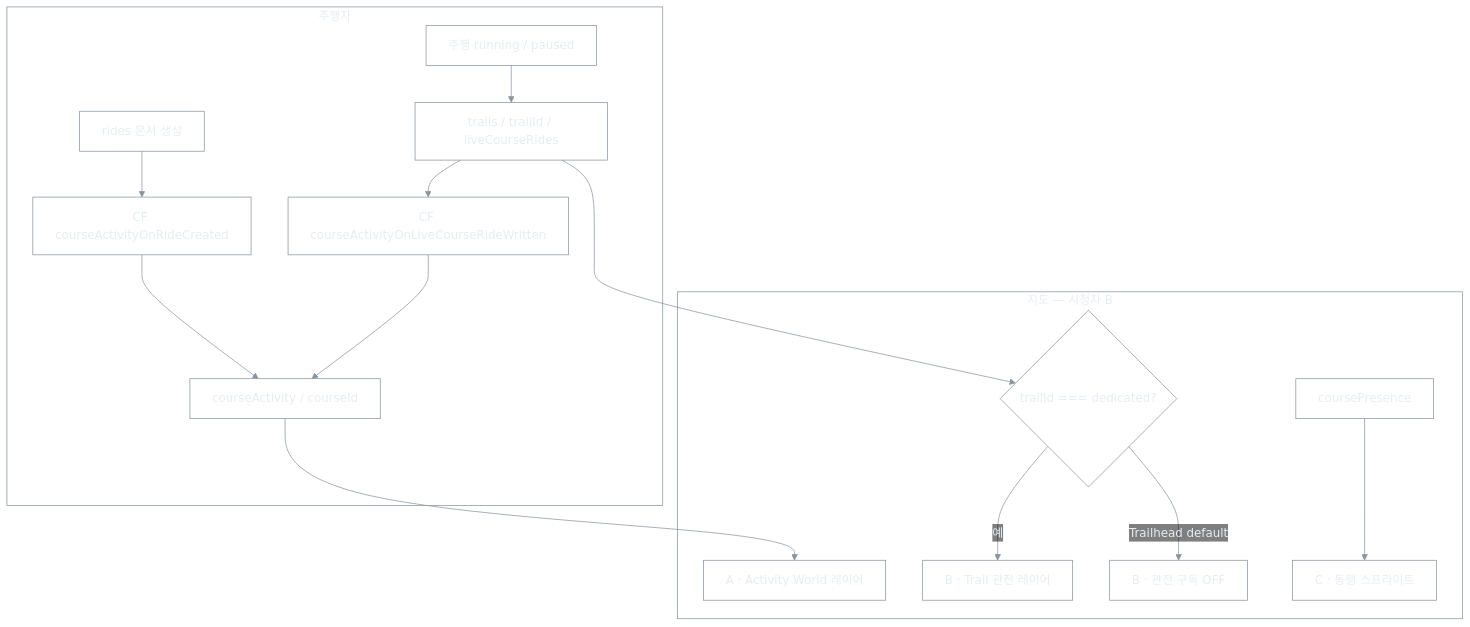
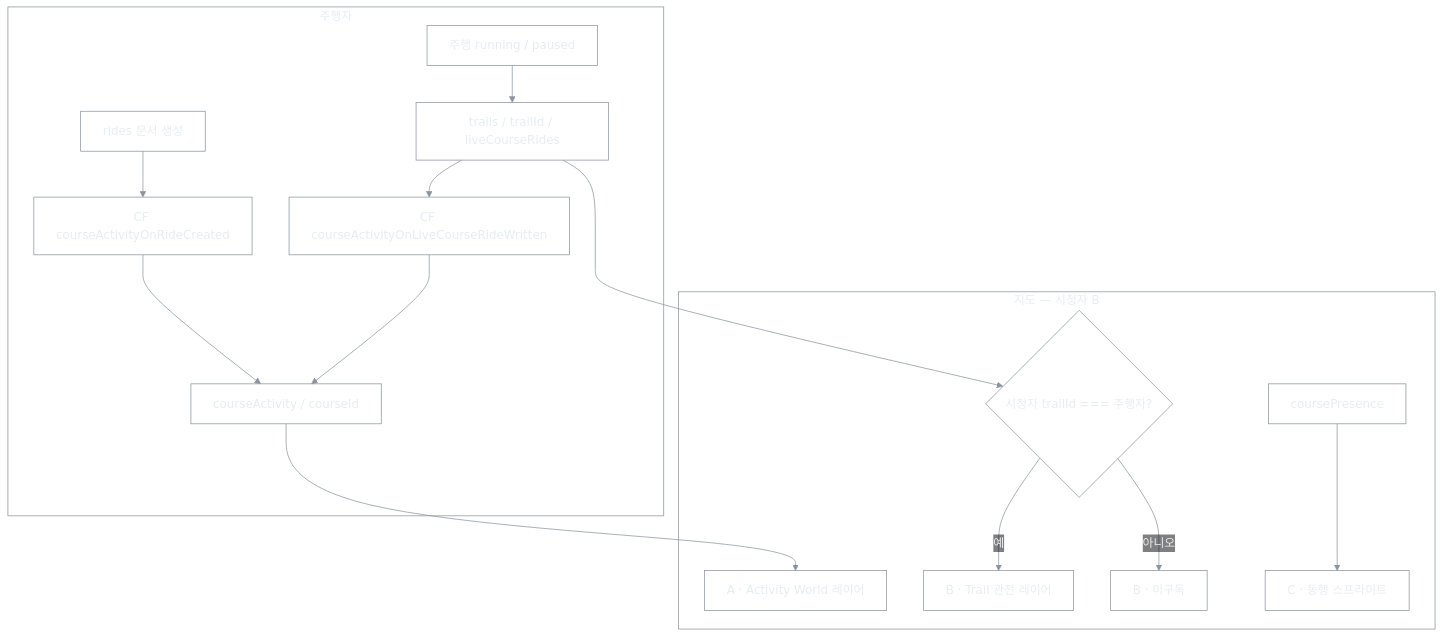
One commit to parkstery/boxcycle changed the diagram in document/260517-Activity-World-지도-LOD-설계.md. Above: the diagram before and after it, drawn with Mermaid. The commit also changed other lines of this file and 2 other files, not shown here.

First line of the commit message:
fix(map): restore same-trail liveCourseRides spectator on Trailhead

````diff
--- a/document/260517-Activity-World-지도-LOD-설계.md
+++ b/document/260517-Activity-World-지도-LOD-설계.md
@@ -55,43 +55,43 @@
 ```mermaid
 %%{init: {
   "theme": "base",
   "themeVariables": {
     "darkMode": "true",
     "background": "transparent",
     "primaryColor": "transparent",
     "primaryTextColor": "#e6edf3",
     "primaryBorderColor": "#8b949e",
     "secondaryColor": "transparent",
     "secondaryTextColor": "#e6edf3",
     "secondaryBorderColor": "#8b949e",
     "tertiaryColor": "transparent",
     "tertiaryTextColor": "#e6edf3",
     "tertiaryBorderColor": "#8b949e",
     "lineColor": "#8b949e",
     "textColor": "#e6edf3",
     "mainBkg": "transparent",
     "nodeBorder": "#8b949e",
     "clusterBkg": "transparent",
     "clusterBorder": "#8b949e",
     "titleColor": "#e6edf3",
     "edgeLabelBackground": "transparent"
   }
 }}%%
 flowchart TB
   subgraph publish ["주행자"]
     R["주행 running / paused"]
     LCR["trails / trailId / liveCourseRides"]
     R --> LCR
     LCR --> CF1["CF courseActivityOnLiveCourseRideWritten"]
     CF1 --> CA["courseActivity / courseId"]
     RideEnd["rides 문서 생성"] --> CF2["CF courseActivityOnRideCreated"]
     CF2 --> CA
   end
   subgraph mapB ["지도 — 시청자 B"]
     CA --> AW["A · Activity World 레이어"]
-    LCR --> TS{"trailId === dedicated?"}
+    LCR --> TS{"시청자 trailId === 주행자?"}
     TS -->|예| SPEC["B · Trail 관전 레이어"]
-    TS -->|Trailhead default| OFF["B · 관전 구독 OFF"]
+    TS -->|아니오| OFF["B · 미구독"]
     CP["coursePresence"] --> SPR["C · 동행 스프라이트"]
   end
 ```
````
